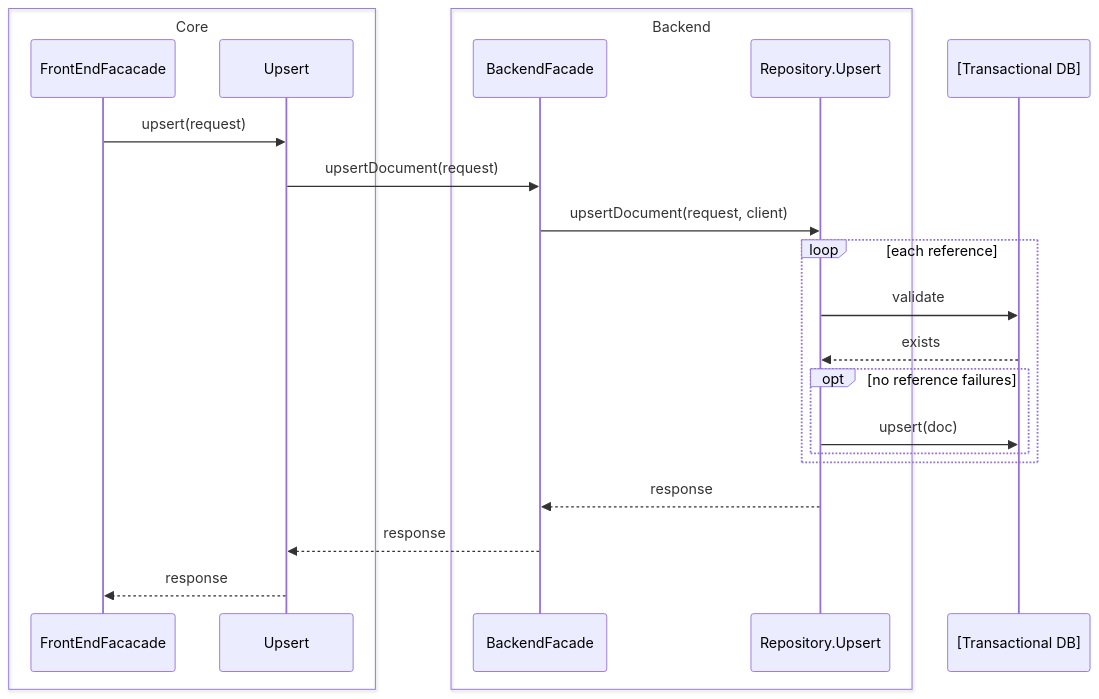
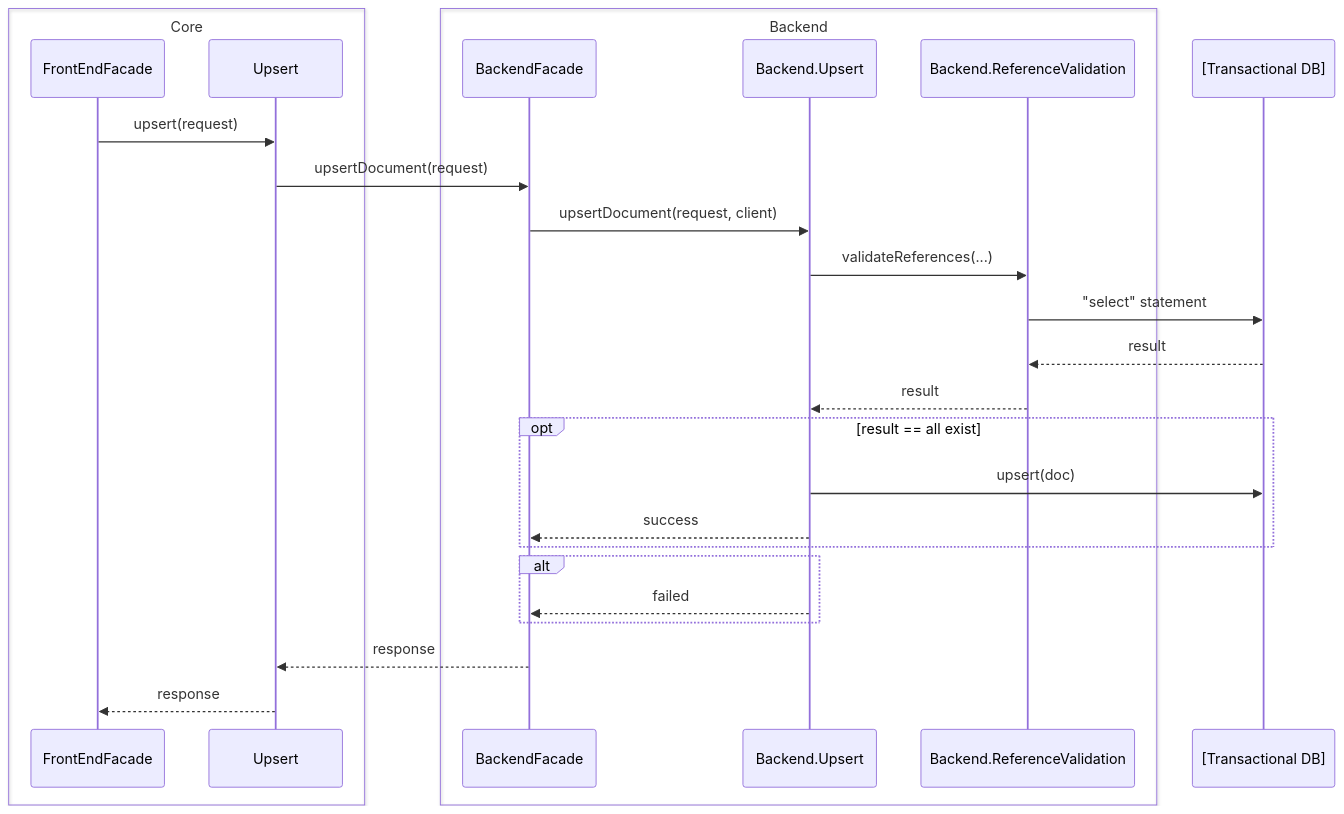
The third of 4 diagrams in docs/design/caching/README.md (Ed-Fi-Exchange-OSS/Meadowlark), drawn with Mermaid before and after one commit. The commit also changed other lines of this file, not shown here.

Commit message:
Refactor to reflect presence of the reference validation module in the backend

````diff
--- a/docs/design/caching/README.md
+++ b/docs/design/caching/README.md
@@ -152,31 +157,35 @@
 ```mermaid
 sequenceDiagram
     box Core
-        participant A as FrontEndFacacade
+        participant A as FrontEndFacade
         participant B as Upsert
     end
 
     box Backend
         participant C as BackendFacade
-        participant D as Repository.Upsert
+        participant D as Backend.Upsert
+        participant F as Backend.ReferenceValidation
     end
 
     participant E as [Transactional DB]
 
     A->>B: upsert(request)
     B->>C: upsertDocument(request)
     C->>D: upsertDocument(request, client)
 
-    loop each reference
-        D->>E: validate
-        E-->>D: exists
+    D->>F: validateReferences(...)
+    F->>E: "select" statement
+    E-->>F: result
+    F-->>D: result
 
-        opt no reference failures
-            D->>E: upsert(doc)
-        end
+    opt result == all exist
+      D->>E: upsert(doc)
+      D-->>C: success
+    end
+    alt
+      D-->>C: failed
     end
 
-    D-->>C: response
     C-->>B: response
     B-->>A: response
 ```
````
